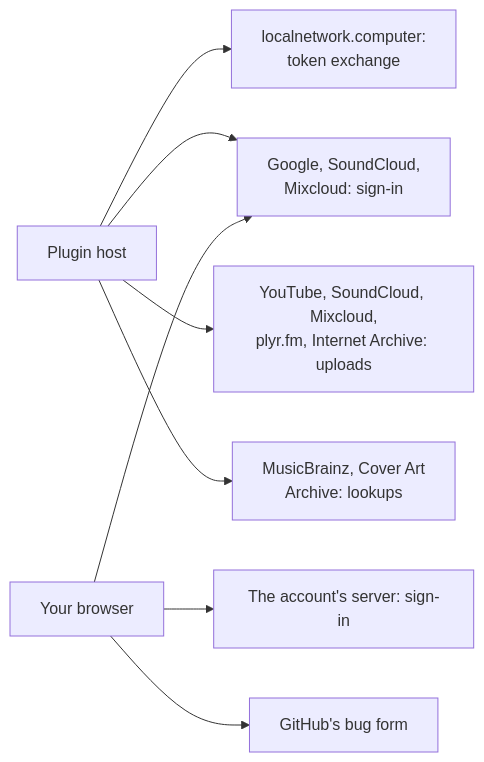
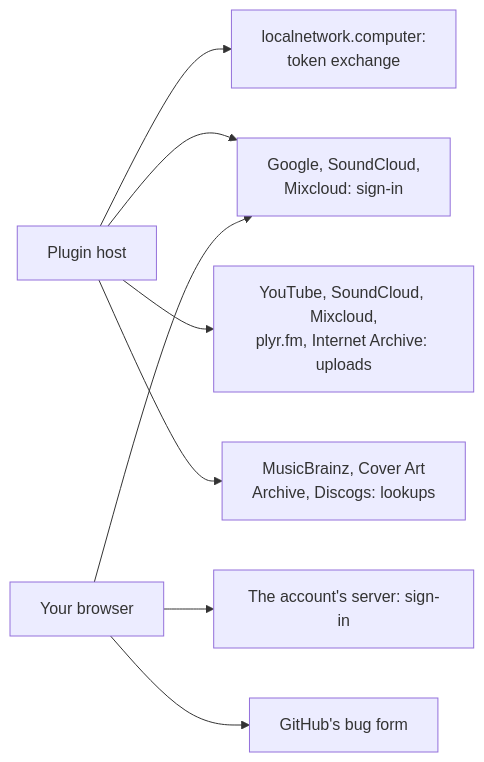
Before and after one commit to cutenode/localnetwork: the seventh of 8 diagrams in apps/locallibrary/docs/diagrams/publishing-and-services.md, drawn with Mermaid. The commit also changed other lines of this file and 21 other files, not shown here.

````diff
--- a/apps/locallibrary/docs/diagrams/publishing-and-services.md
+++ b/apps/locallibrary/docs/diagrams/publishing-and-services.md
@@ -145,10 +145,10 @@
 ```mermaid
 flowchart LR
     host["Plugin host"] --> exchange["localnetwork.computer:<br/>token exchange"]
     host --> oauth["Google, SoundCloud,<br/>Mixcloud: sign-in"]
     host --> upload["YouTube, SoundCloud, Mixcloud,<br/>plyr.fm, Internet Archive: uploads"]
-    host --> mb["MusicBrainz, Cover Art<br/>Archive: lookups"]
+    host --> mb["MusicBrainz, Cover Art<br/>Archive, Discogs: lookups"]
     browser["Your browser"] --> oauth
     browser --> pds["The account's server: sign-in"]
     browser --> github["GitHub's bug form"]
 ```
````
